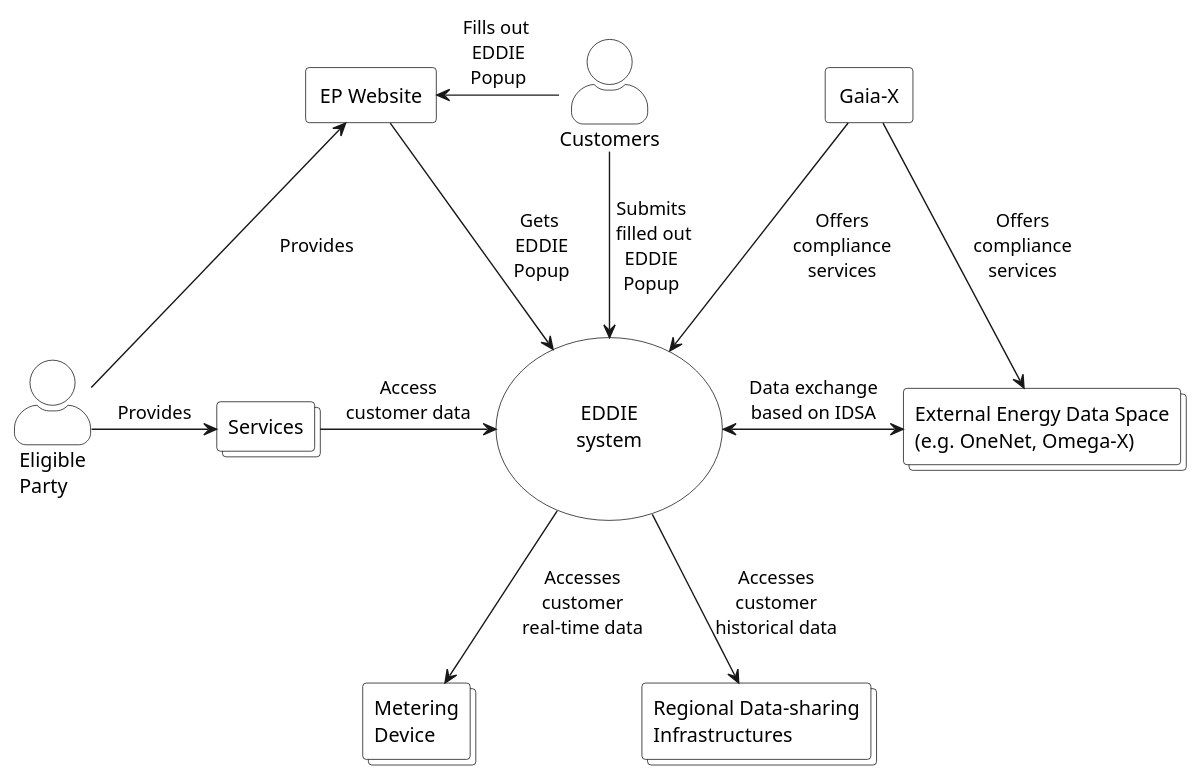
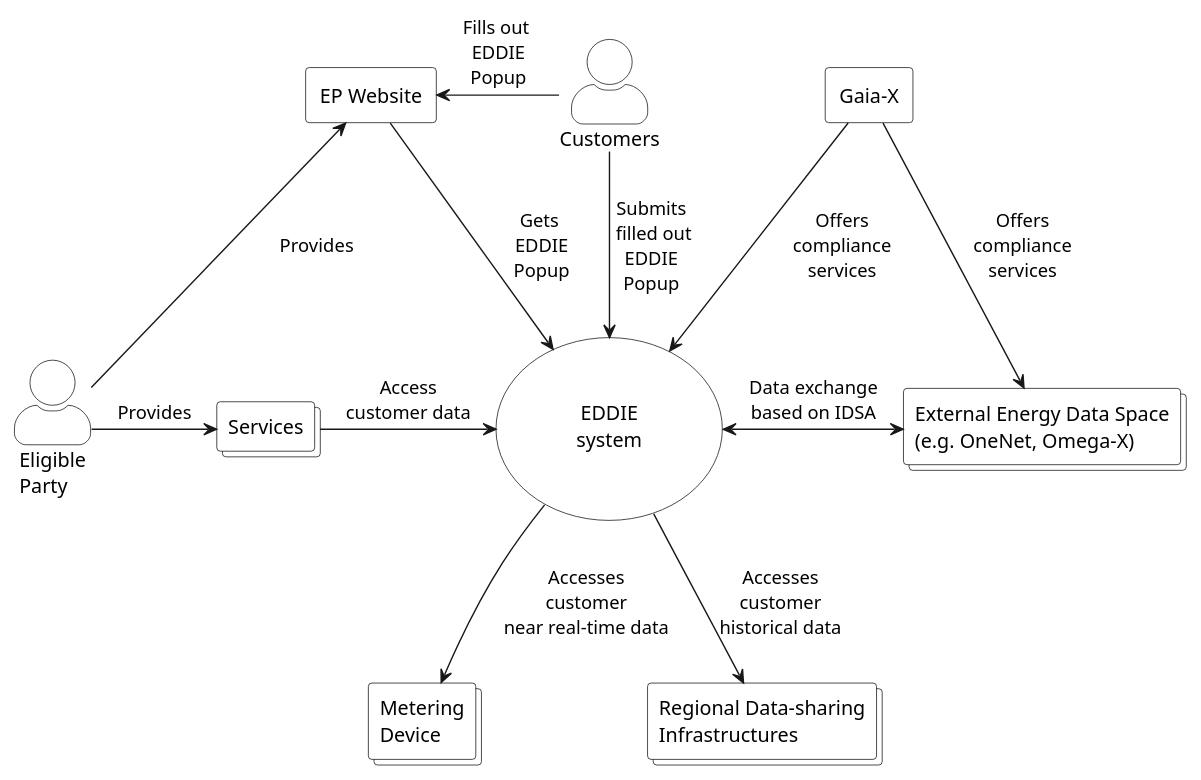
The diagram in arc42/system-scope-and-context/figures/context-diagram-dataspace.puml (eddie-energy/architecture), drawn with PlantUML before and after one commit. The commit also changed 20 other files, not shown here.

Commit message:
Part of #120: Improve solution strategy and prefix "near" to real-time

```diff
--- a/arc42/system-scope-and-context/figures/context-diagram-dataspace.puml
+++ b/arc42/system-scope-and-context/figures/context-diagram-dataspace.puml
@@ -1,52 +1,52 @@
 @startuml context-diagram-dataspace
 'context diagram
 
 skinparam usecase {
   BorderColor black
   BackgroundColor transparent
 }
 skinparam rectangle {
   BorderColor black
   BackgroundColor transparent
 }
 skinparam collections {
   BorderColor black
   BackgroundColor white
 }
 skinparam actorStyle awesome
 skinparam actor {
   BorderColor black
   BackgroundColor white
 }
 
 rectangle "Gaia-X" as gaiaX
 collections "External Energy Data Space\n(e.g. OneNet, Omega-X)" as dataSpaces
 usecase "\n\nEDDIE\nsystem\n\n" as eddie
 collections "Metering\nDevice" as smartMeter
 collections "Regional Data-sharing\nInfrastructures" as regionalData
 rectangle "EP Website" as website
 collections "Services" as service
 
 actor "Eligible\nParty" as ep
 actor "Customers" as customer
 
 gaiaX -down-> eddie : Offers\ncompliance\nservices
 gaiaX -down-> dataSpaces : Offers\ncompliance\nservices
 
 eddie <-right-> dataSpaces : Data exchange\nbased on IDSA
 
 service -right-> eddie : Access\ncustomer data
 eddie -down-> regionalData : Accesses\ncustomer\nhistorical data
-eddie -down-> smartMeter : Accesses\ncustomer\nreal-time data
+eddie -down-> smartMeter : Accesses\ncustomer\nnear real-time data
 eddie <-left- website : Gets \nEDDIE\nPopup
 smartMeter -[hidden] regionalData : \t\t\t
 
 
 ep -right-> service : Provides
 ep -up-> website : Provides
 
 website <-right- customer : Fills out \nEDDIE\nPopup
 customer -down-> eddie : Submits\n filled out\nEDDIE\nPopup
 customer -[hidden]right- gaiaX : \t\t\t
 
 @enduml
```
